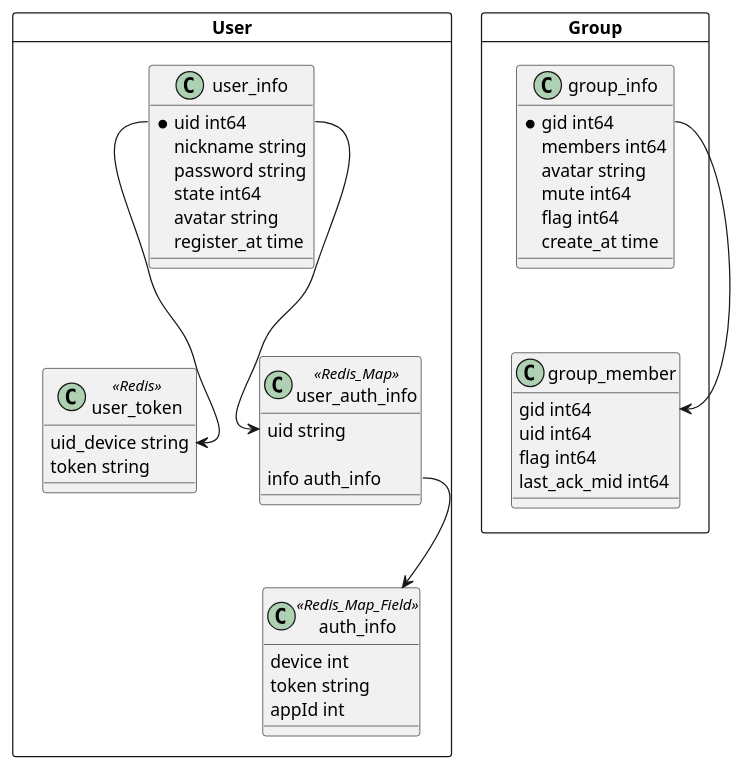
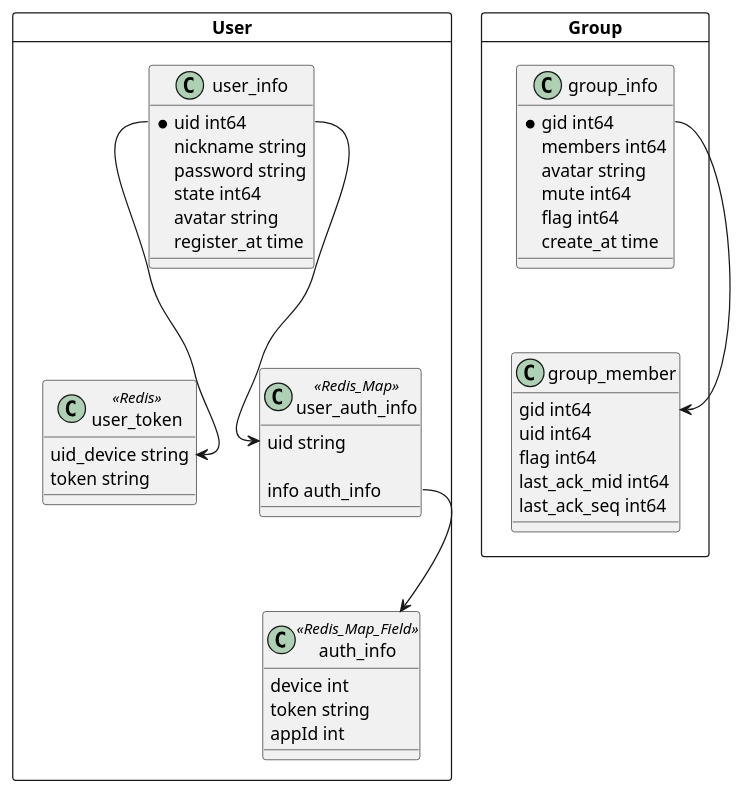
Before and after one commit to glide-im/glide-im: the diagram in doc/puml/database/group_and_user.puml, drawn with PlantUML. The commit also changed 2 other files, not shown here.

```diff
--- a/doc/puml/database/group_and_user.puml
+++ b/doc/puml/database/group_and_user.puml
@@ -1,51 +1,52 @@
 @startuml
 'https://plantuml.com/activity-diagram-beta
 
 card User {
     class user_info {
         *uid int64
         nickname string
         password string
         state int64
         avatar string
         register_at time
     }
     class user_token <<Redis>>{
         uid_device string
         token string
     }
     class user_auth_info <<Redis_Map>>{
        uid string
 
        info auth_info
     }
     class auth_info<<Redis_Map_Field>>{
         device int
         token string
         appId int
     }
     user_info::uid-->user_auth_info::uid
     user_info::uid-->user_token::uid
     user_auth_info::info-->auth_info
 }
 
 card Group {
     class group_info {
         *gid int64
         members int64
         avatar string
         mute int64
         flag int64
         create_at time
     }
     class group_member{
         gid int64
         uid int64
         flag int64
         last_ack_mid int64
+        last_ack_seq int64
     }
     group_info::gid-->group_member::gid
 }
 
 
 @enduml
```
